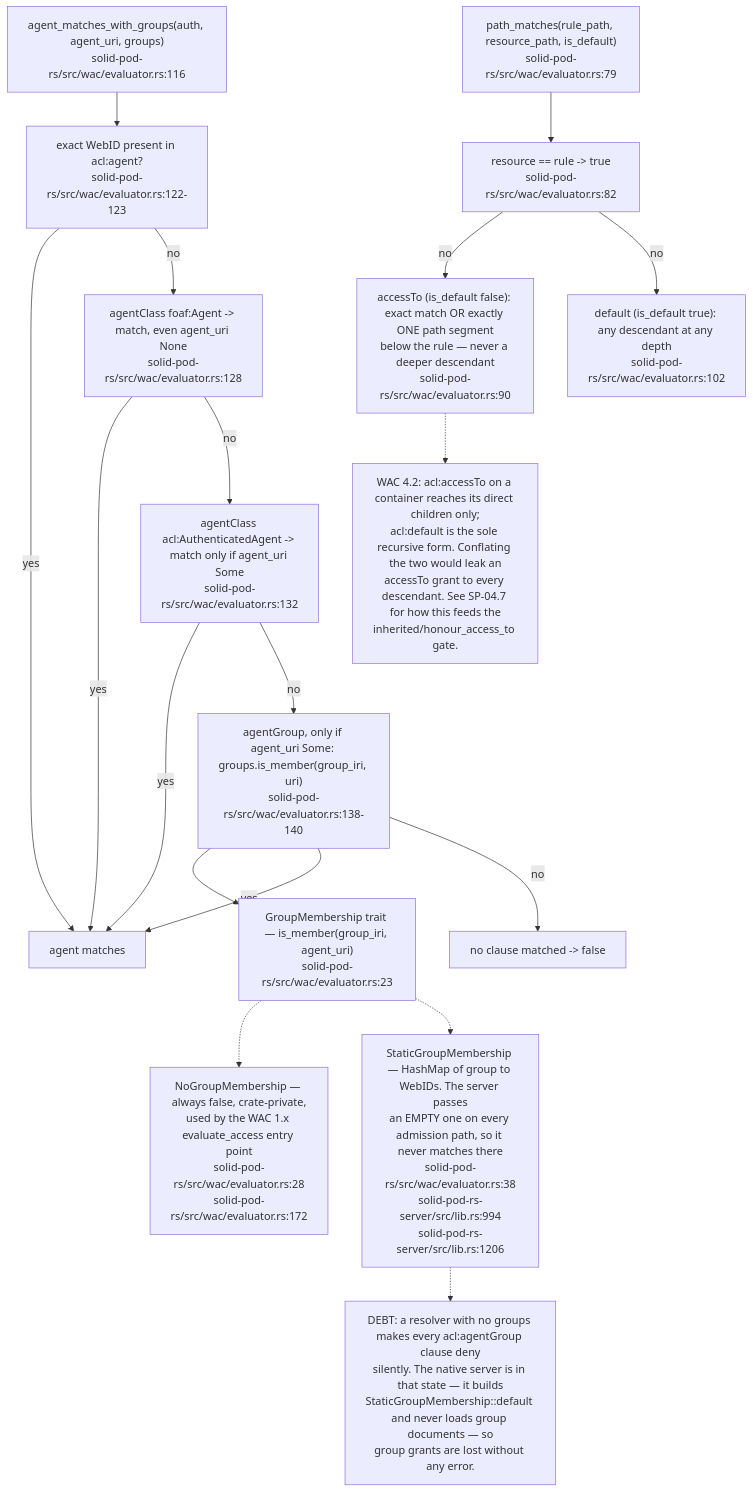
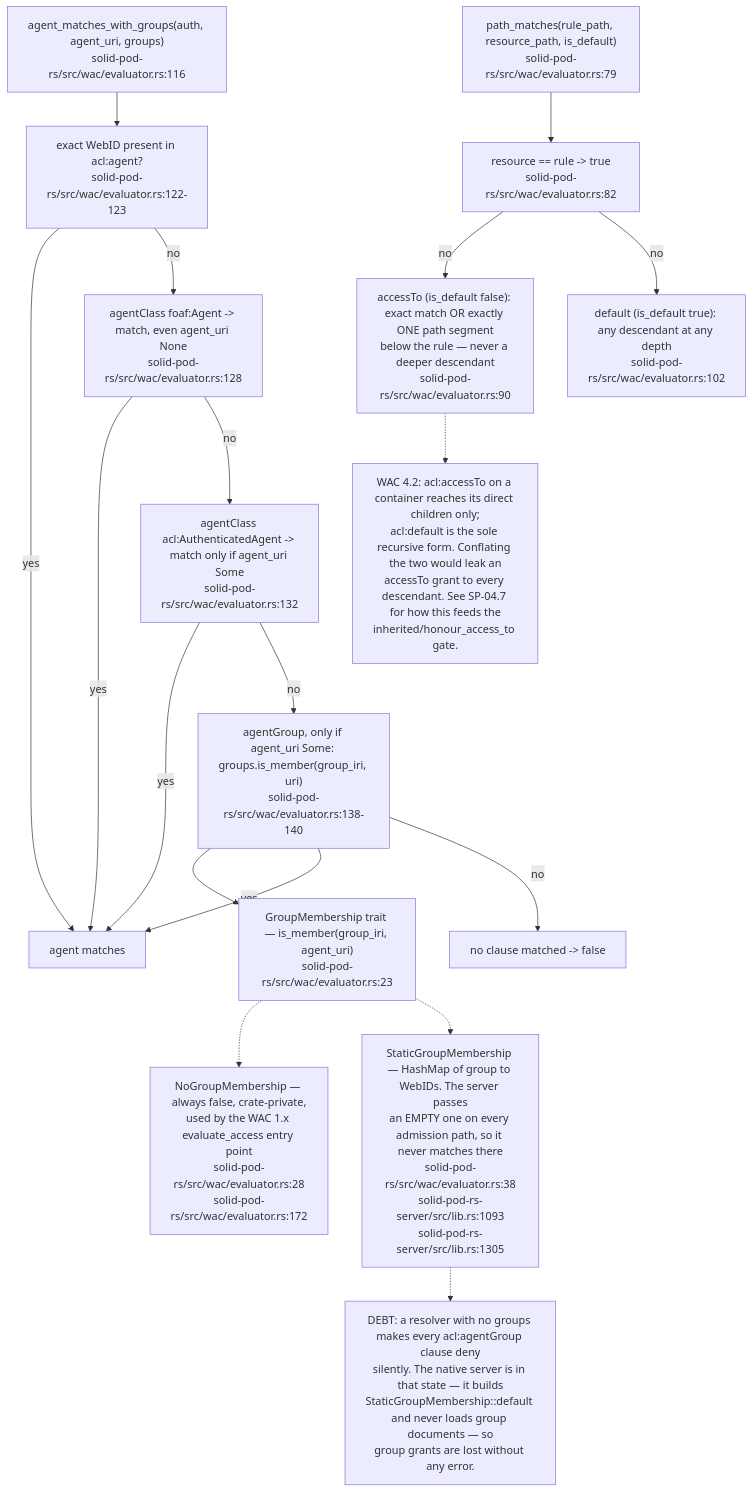
Before and after one commit to DreamLab-AI/VisionFlow: diagram 13 of 13 in docs/diagrams/solid-pod-rs/04-wac-authorisation.md, drawn with Mermaid. The commit also changed other lines of this file and 59 other files, not shown here.

First line of the commit message:
docs(diagrams): re-derive and re-stamp forum, website, pod, ontomark and sealmap topics

````diff
--- a/docs/diagrams/solid-pod-rs/04-wac-authorisation.md
+++ b/docs/diagrams/solid-pod-rs/04-wac-authorisation.md
@@ -426,39 +425,39 @@
 ```mermaid
 flowchart TD
     AM["agent_matches_with_groups(auth, agent_uri, groups)<br/>solid-pod-rs/src/wac/evaluator.rs:116"]
     WEBID["exact WebID present in acl:agent?<br/>solid-pod-rs/src/wac/evaluator.rs:122-123"]
     FOAF["agentClass foaf:Agent -> match, even agent_uri None<br/>solid-pod-rs/src/wac/evaluator.rs:128"]
     AUTHC["agentClass acl:AuthenticatedAgent -> match only if agent_uri Some<br/>solid-pod-rs/src/wac/evaluator.rs:132"]
     GRP["agentGroup, only if agent_uri Some: groups.is_member(group_iri, uri)<br/>solid-pod-rs/src/wac/evaluator.rs:138-140"]
     NM["no clause matched -> false"]
     TRAIT["GroupMembership trait — is_member(group_iri, agent_uri)<br/>solid-pod-rs/src/wac/evaluator.rs:23"]
     NOOP["NoGroupMembership — always false, crate-private,<br/>used by the WAC 1.x evaluate_access entry point<br/>solid-pod-rs/src/wac/evaluator.rs:28<br/>solid-pod-rs/src/wac/evaluator.rs:172"]
-    STATIC["StaticGroupMembership — HashMap of group to WebIDs. The server passes<br/>an EMPTY one on every admission path, so it never matches there<br/>solid-pod-rs/src/wac/evaluator.rs:38<br/>solid-pod-rs-server/src/lib.rs:994<br/>solid-pod-rs-server/src/lib.rs:1206"]
+    STATIC["StaticGroupMembership — HashMap of group to WebIDs. The server passes<br/>an EMPTY one on every admission path, so it never matches there<br/>solid-pod-rs/src/wac/evaluator.rs:38<br/>solid-pod-rs-server/src/lib.rs:1093<br/>solid-pod-rs-server/src/lib.rs:1305"]
 
     AM --> WEBID
     WEBID -- yes --> GRANT["agent matches"]
     WEBID -- no --> FOAF
     FOAF -- yes --> GRANT
     FOAF -- no --> AUTHC
     AUTHC -- yes --> GRANT
     AUTHC -- no --> GRP
     GRP --> TRAIT
     TRAIT -.-> NOOP
     TRAIT -.-> STATIC
     GRP -- yes --> GRANT
     GRP -- no --> NM
 
     PM["path_matches(rule_path, resource_path, is_default)<br/>solid-pod-rs/src/wac/evaluator.rs:79"]
     EXACT["resource == rule -> true<br/>solid-pod-rs/src/wac/evaluator.rs:82"]
     ACCTO["accessTo (is_default false): exact match OR exactly ONE path segment<br/>below the rule — never a deeper descendant<br/>solid-pod-rs/src/wac/evaluator.rs:90"]
     DFLT["default (is_default true): any descendant at any depth<br/>solid-pod-rs/src/wac/evaluator.rs:102"]
 
     PM --> EXACT
     EXACT -- no --> ACCTO
     EXACT -- no --> DFLT
 
     N1["DEBT: a resolver with no groups makes every acl:agentGroup clause deny<br/>silently. The native server is in that state — it builds<br/>StaticGroupMembership::default and never loads group documents — so<br/>group grants are lost without any error."]
     STATIC -.-> N1
     N2["WAC 4.2: acl:accessTo on a container reaches its direct children only;<br/>acl:default is the sole recursive form. Conflating the two would leak an<br/>accessTo grant to every descendant. See SP-04.7 for how this feeds the<br/>inherited/honour_access_to gate."]
     ACCTO -.-> N2
 ```
````
